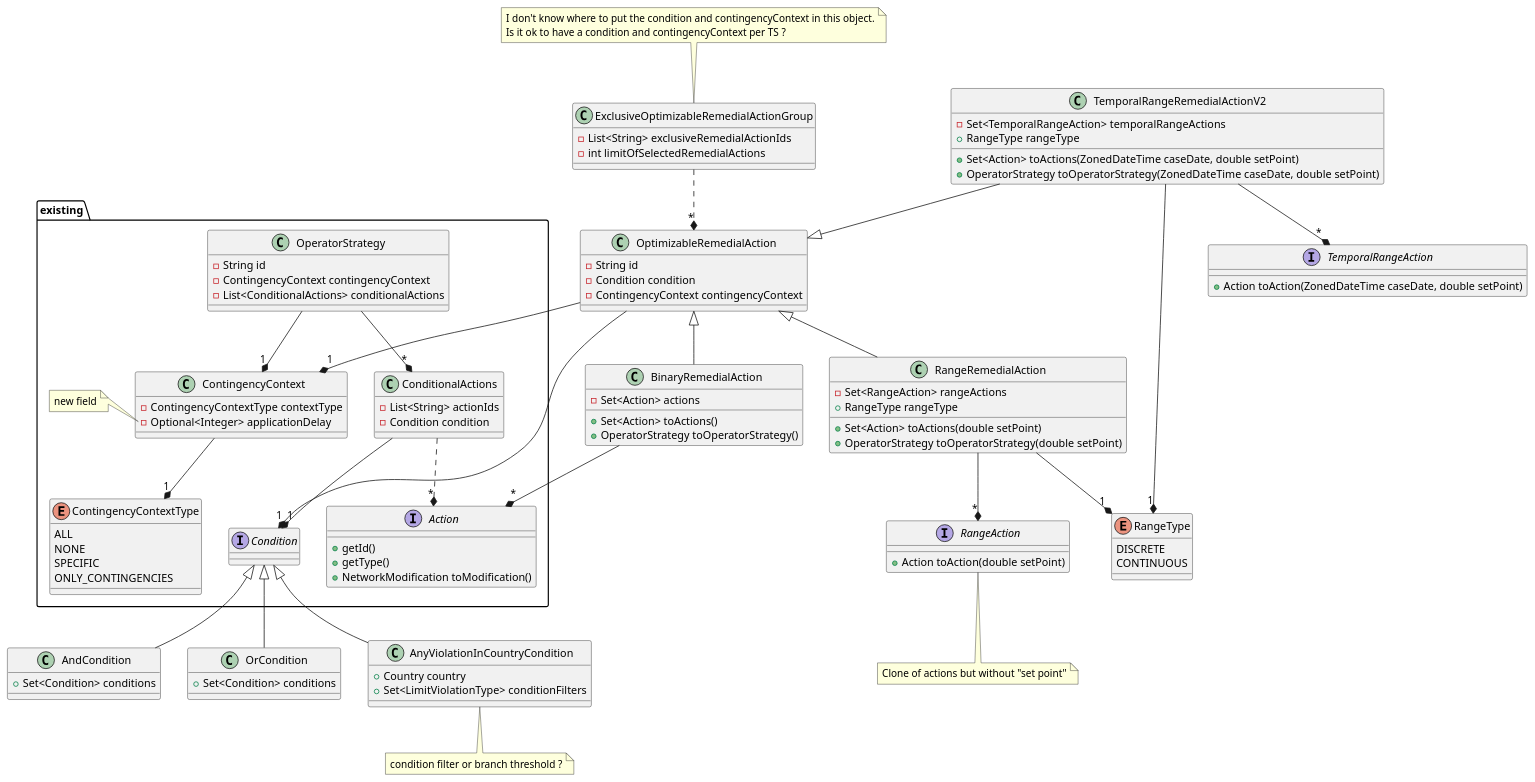
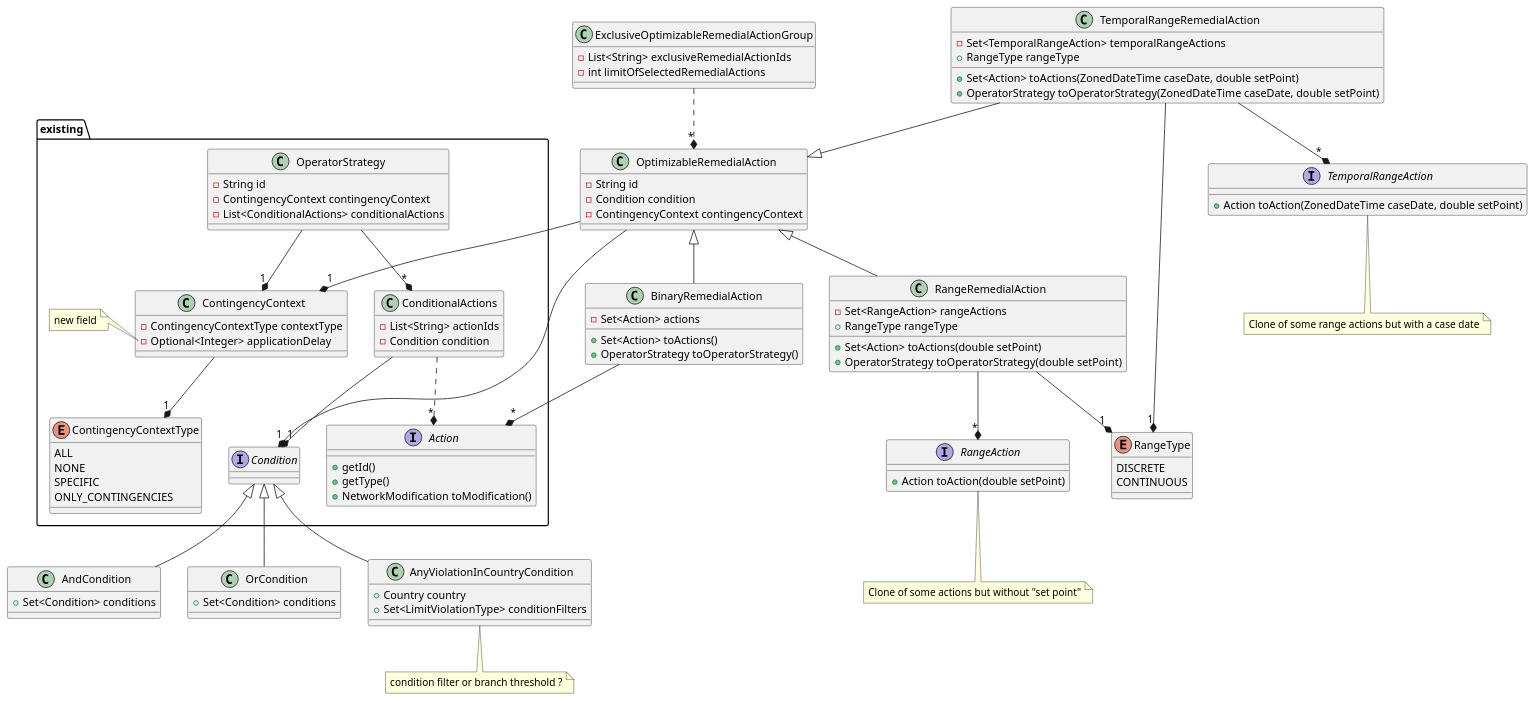
Before and after one commit to powsybl/powsybl-core: the diagram in docs/simulation/security/operatorStrategy_simple_future.puml, drawn with PlantUML.

```diff
--- a/docs/simulation/security/operatorStrategy_simple_future.puml
+++ b/docs/simulation/security/operatorStrategy_simple_future.puml
@@ -1,132 +1,132 @@
 @startuml
 
 namespace existing {
 
 class OperatorStrategy {
   - String id
   - ContingencyContext contingencyContext
   - List<ConditionalActions> conditionalActions
 }
 OperatorStrategy --* "1" ContingencyContext
 OperatorStrategy --* "*" ConditionalActions
 
 interface Condition
 
 class ConditionalActions {
   - List<String> actionIds
   - Condition condition
 }
 ConditionalActions ..* "*" Action
 ConditionalActions --* "1" Condition
 
 class ContingencyContext {
   - ContingencyContextType contextType
   - Optional<Integer> applicationDelay
 }
 ContingencyContext --* "1" ContingencyContextType
 
 note left of ContingencyContext::applicationDelay
   new field
 end note
 
 enum ContingencyContextType {
   ALL
   NONE
   SPECIFIC
   ONLY_CONTINGENCIES
 }
 
 interface Action {
   + getId()
   + getType()
   + NetworkModification toModification()
 }
 
 }
 
 Condition <|-- AndCondition
 Condition <|-- OrCondition
 Condition <|-- AnyViolationInCountryCondition
 
 class AndCondition {
   + Set<Condition> conditions
 }
 
 class OrCondition {
   + Set<Condition> conditions
 }
 
 class AnyViolationInCountryCondition {
  + Country country
  + Set<LimitViolationType> conditionFilters
 }
 note bottom: condition filter or branch threshold ?
 
 class OptimizableRemedialAction {
   - String id
   - Condition condition
   - ContingencyContext contingencyContext
 }
 OptimizableRemedialAction --* "1" Condition
 OptimizableRemedialAction --* "1" ContingencyContext
 OptimizableRemedialAction <|-- BinaryRemedialAction
 OptimizableRemedialAction <|-- RangeRemedialAction
 
 class BinaryRemedialAction {
   - Set<Action> actions
   + Set<Action> toActions()
   + OperatorStrategy toOperatorStrategy()
 }
 BinaryRemedialAction --* "*" Action
 
 class RangeRemedialAction {
   - Set<RangeAction> rangeActions
   + RangeType rangeType
   + Set<Action> toActions(double setPoint)
   + OperatorStrategy toOperatorStrategy(double setPoint)
 }
 RangeRemedialAction --* "*" RangeAction
 RangeRemedialAction --* "1" RangeType
 
 enum RangeType {
   DISCRETE
   CONTINUOUS
 }
 
 interface RangeAction {
   + Action toAction(double setPoint)
 }
-note bottom: Clone of actions but without "set point"
+note bottom: Clone of some actions but without "set point"
 
 class ExclusiveOptimizableRemedialActionGroup {
   - List<String> exclusiveRemedialActionIds
   - int limitOfSelectedRemedialActions
 }
 ExclusiveOptimizableRemedialActionGroup ..* "*" OptimizableRemedialAction
 
 'class TemporalRangeRemedialActionV1 {
 '  - Map<ZonedDateTime, RangeRemedialAction> rangeRemedialActionsPerCaseDate
 '  + Set<Action> toActions(ZonedDateTime caseDate, double setPoint)
 '  + OperatorStrategy toOperatorStrategy(ZonedDateTime caseDate, double setPoint)
 '  + Map<ZonedDateTime, Set<Action>> toActions(Map<ZonedDateTime, Double> setPoints)
 '  + Map<ZonedDateTime, OperatorStrategy> toOperatorStrategy(Map<ZonedDateTime, Double> setPoint)
 '}
 'TemporalRangeRemedialActionV1 --* "*" RangeRemedialAction
+'note top: I don't know where to put the condition and contingencyContext in this object.\nIs it ok to have a condition and contingencyContext per TS ?
 
-note top: I don't know where to put the condition and contingencyContext in this object.\nIs it ok to have a condition and contingencyContext per TS ?
-
-class TemporalRangeRemedialActionV2 {
+class TemporalRangeRemedialAction {
   - Set<TemporalRangeAction> temporalRangeActions
   + RangeType rangeType
   + Set<Action> toActions(ZonedDateTime caseDate, double setPoint)
   + OperatorStrategy toOperatorStrategy(ZonedDateTime caseDate, double setPoint)
 }
-TemporalRangeRemedialActionV2 --* "*" TemporalRangeAction
-TemporalRangeRemedialActionV2 --* "1" RangeType
-TemporalRangeRemedialActionV2 --|> OptimizableRemedialAction
+TemporalRangeRemedialAction --* "*" TemporalRangeAction
+TemporalRangeRemedialAction --* "1" RangeType
+TemporalRangeRemedialAction --|> OptimizableRemedialAction
 
 interface TemporalRangeAction {
     + Action toAction(ZonedDateTime caseDate, double setPoint)
 }
+note bottom: Clone of some range actions but with a case date
 
 @enduml
```
